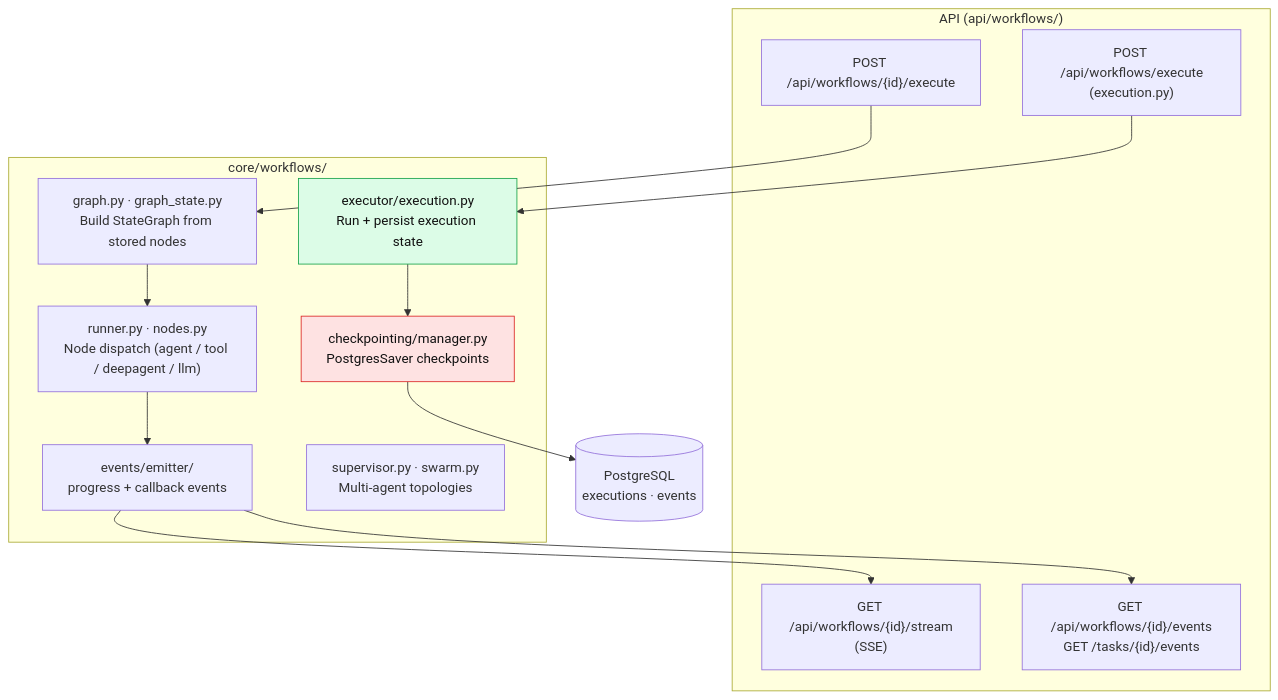
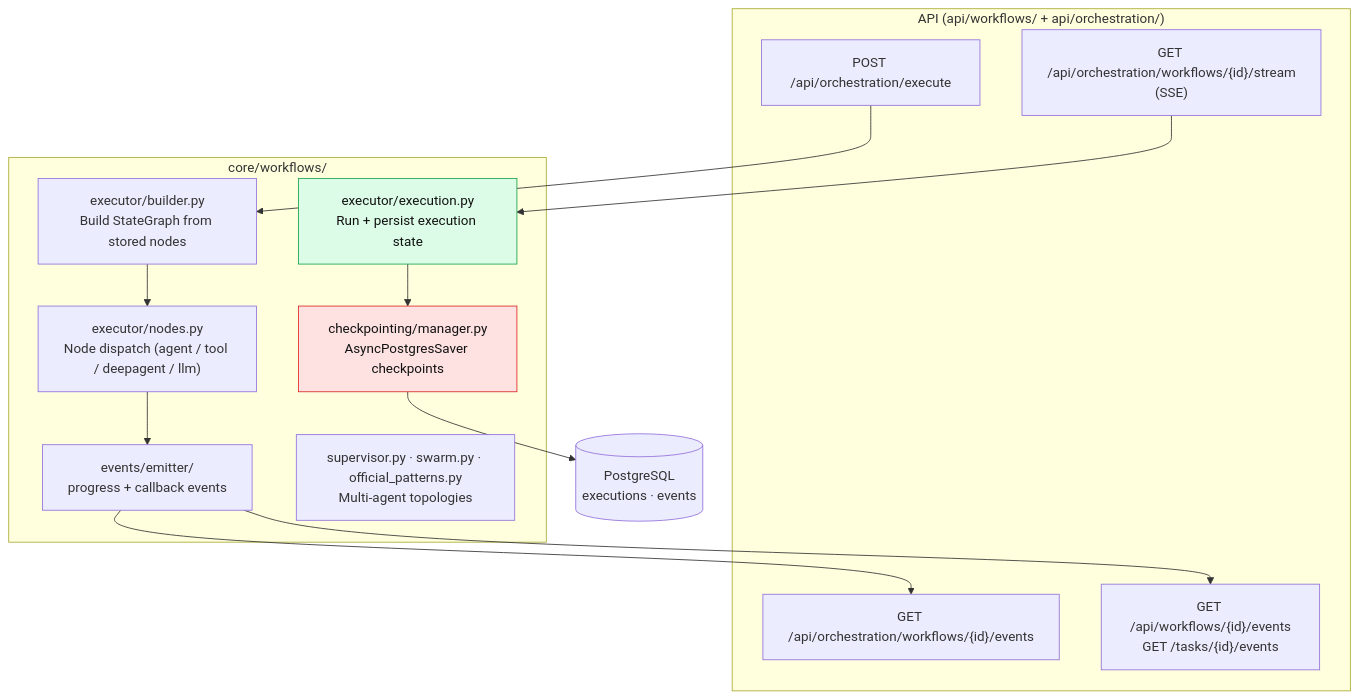
The seventh of 15 diagrams in docs/system-architecture.md (sailor723/langconfig), drawn with Mermaid before and after one commit. The commit also changed other lines of this file and 3 other files, not shown here.

First line of the commit message:
docs: sync agent instructions + architecture doc with reality; record Phase 4 fix pass

````diff
--- a/docs/system-architecture.md
+++ b/docs/system-architecture.md
@@ -912,30 +916,30 @@
 ```mermaid
 flowchart TB
-    subgraph HTTP["API (api/workflows/)"]
-        H1["POST /api/workflows/{id}/execute"]
-        H2["POST /api/workflows/execute<br/>(execution.py)"]
-        H3["GET /api/workflows/{id}/stream<br/>(SSE)"]
+    subgraph HTTP["API (api/workflows/ + api/orchestration/)"]
+        H1["POST /api/orchestration/execute"]
+        H2["GET /api/orchestration/workflows/{id}/stream<br/>(SSE)"]
+        H3["GET /api/orchestration/workflows/{id}/events"]
         H4["GET /api/workflows/{id}/events<br/>GET /tasks/{id}/events"]
     end
 
     subgraph ENGINE["core/workflows/"]
-        E1["graph.py · graph_state.py<br/>Build StateGraph from stored nodes"]
+        E1["executor/builder.py<br/>Build StateGraph from stored nodes"]
         E2["executor/execution.py<br/>Run + persist execution state"]
-        E3["checkpointing/manager.py<br/>PostgresSaver checkpoints"]
+        E3["checkpointing/manager.py<br/>AsyncPostgresSaver checkpoints"]
         E4["events/emitter/<br/>progress + callback events"]
-        E5["supervisor.py · swarm.py<br/>Multi-agent topologies"]
-        E6["runner.py · nodes.py<br/>Node dispatch (agent / tool / deepagent / llm)"]
+        E5["supervisor.py · swarm.py · official_patterns.py<br/>Multi-agent topologies"]
+        E6["executor/nodes.py<br/>Node dispatch (agent / tool / deepagent / llm)"]
     end
 
     H1 --> E1
     H2 --> E2
     E1 --> E6
     E6 --> E4
     E2 --> E3
     E3 --> DB[("PostgreSQL<br/>executions · events")]
     E4 --> H3
     E4 --> H4
 
     style E2 fill:#dcfce7,stroke:#16a34a,color:#111
     style E3 fill:#fee2e2,stroke:#dc2626,color:#111
 ```
````
